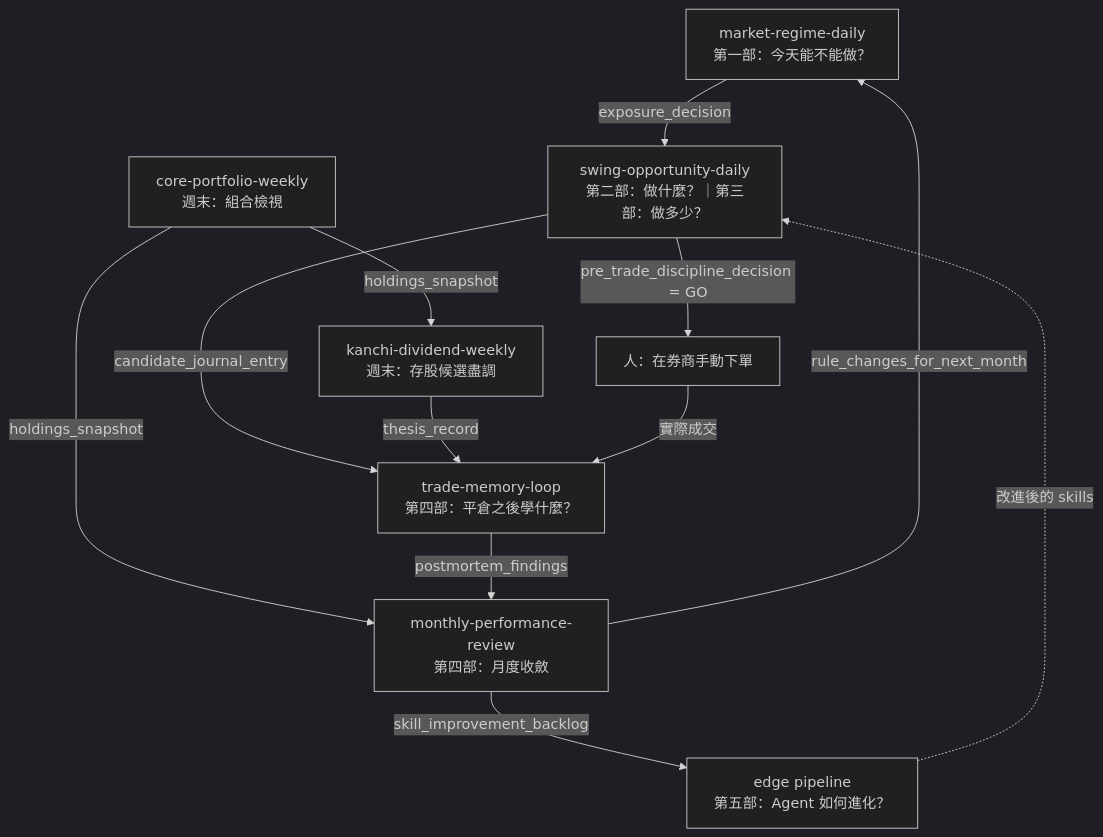
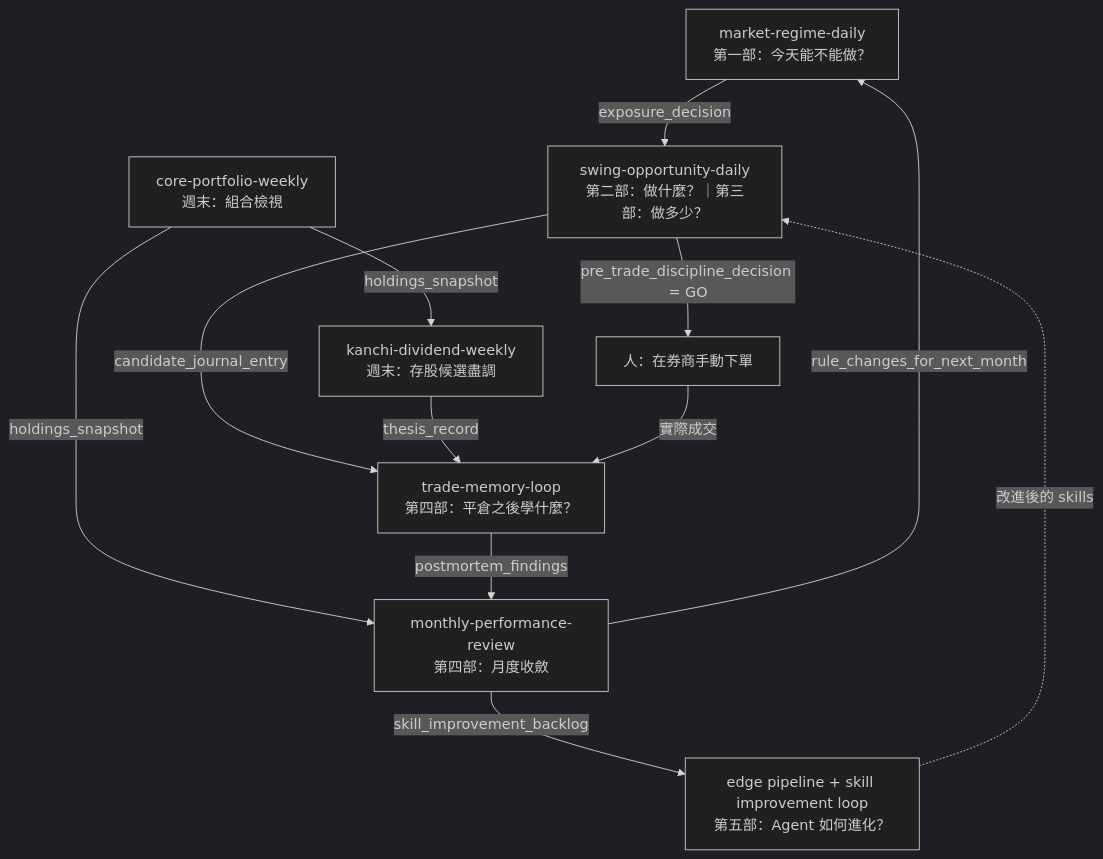
One commit to daiwanwei/trading-agent-book changed the diagram in book/prologue/agent-week.md. Above: the diagram before and after it, drawn with Mermaid (dark theme). The commit also changed other lines of this file and 6 other files, not shown here.

````diff
--- a/book/prologue/agent-week.md
+++ b/book/prologue/agent-week.md
@@ -137,23 +137,23 @@
 ```mermaid
 flowchart TD
     MRD["market-regime-daily<br/>第一部：今天能不能做？"]
     SOD["swing-opportunity-daily<br/>第二部：做什麼？｜第三部：做多少？"]
     HUMAN["人：在券商手動下單"]
     CPW["core-portfolio-weekly<br/>週末：組合檢視"]
     KDW["kanchi-dividend-weekly<br/>週末：存股候選盡調"]
     TML["trade-memory-loop<br/>第四部：平倉之後學什麼？"]
     MPR["monthly-performance-review<br/>第四部：月度收斂"]
-    EDGE["edge pipeline<br/>第五部：Agent 如何進化？"]
+    EDGE["edge pipeline + skill improvement loop<br/>第五部：Agent 如何進化？"]
 
     MRD -->|exposure_decision| SOD
     SOD -->|pre_trade_discipline_decision = GO| HUMAN
     SOD -->|candidate_journal_entry| TML
     CPW -->|holdings_snapshot| KDW
     CPW -->|holdings_snapshot| MPR
     KDW -->|thesis_record| TML
     HUMAN -->|實際成交| TML
     TML -->|postmortem_findings| MPR
     MPR -->|rule_changes_for_next_month| MRD
     MPR -->|skill_improvement_backlog| EDGE
     EDGE -.->|改進後的 skills| SOD
 ```
````
